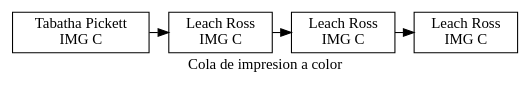
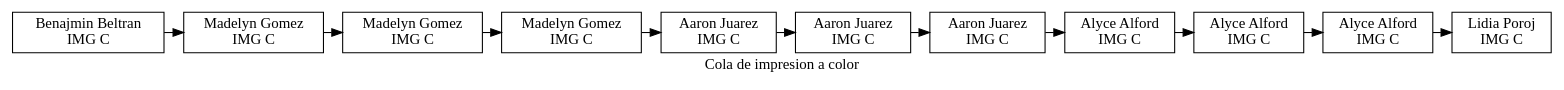
The diagram in [EDD]PROYECTO_FASE1_201900716/Proyecto1_Edd/impresoraC.dot (Kelly901/EDD_PROYECTO_FASE1_201900716), drawn with Graphviz before and after one commit. The commit also changed 54 other files, not shown here.

```diff
--- a/[EDD]PROYECTO_FASE1_201900716/Proyecto1_Edd/impresoraC.dot
+++ b/[EDD]PROYECTO_FASE1_201900716/Proyecto1_Edd/impresoraC.dot
@@ -1,19 +1,40 @@
 digraph G{
 label="Cola de impresion a color";
 node[shape=box];
-n1927950199[label="Tabatha Pickett
+n804564176[label="Benajmin Beltran
 IMG C "];
-n868693306[label="Leach Ross
+n1421795058[label="Madelyn Gomez
 IMG C "];
-n1746572565[label="Leach Ross
+n1555009629[label="Madelyn Gomez
 IMG C "];
-n989110044[label="Leach Ross
+n41359092[label="Madelyn Gomez
+IMG C "];
+n149928006[label="Aaron Juarez
+IMG C "];
+n713338599[label="Aaron Juarez
+IMG C "];
+n168423058[label="Aaron Juarez
+IMG C "];
+n821270929[label="Alyce Alford
+IMG C "];
+n1160460865[label="Alyce Alford
+IMG C "];
+n1247233941[label="Alyce Alford
+IMG C "];
+n258952499[label="Lidia Poroj
 IMG C "];
 
 {rank=same;
-n1927950199->n868693306;
-n868693306->n1746572565;
-n1746572565->n989110044;
+n804564176->n1421795058;
+n1421795058->n1555009629;
+n1555009629->n41359092;
+n41359092->n149928006;
+n149928006->n713338599;
+n713338599->n168423058;
+n168423058->n821270929;
+n821270929->n1160460865;
+n1160460865->n1247233941;
+n1247233941->n258952499;
 
 }
 }
```
